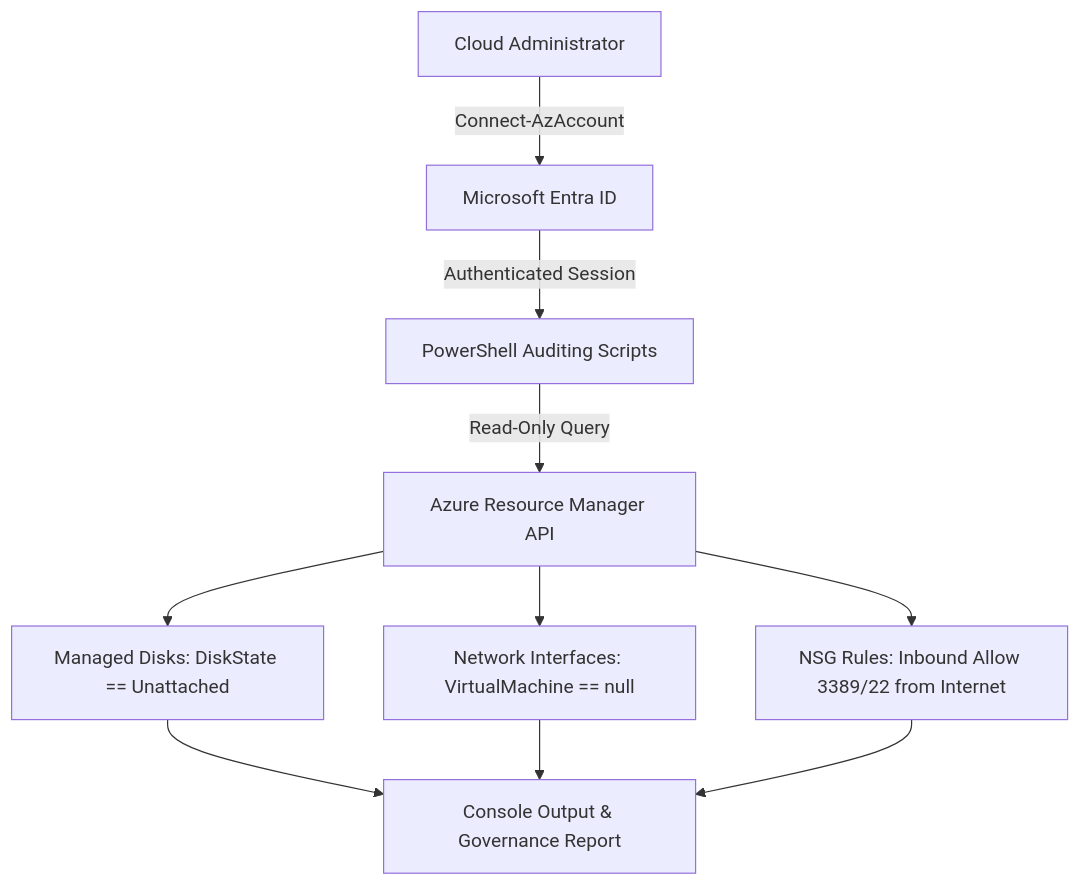
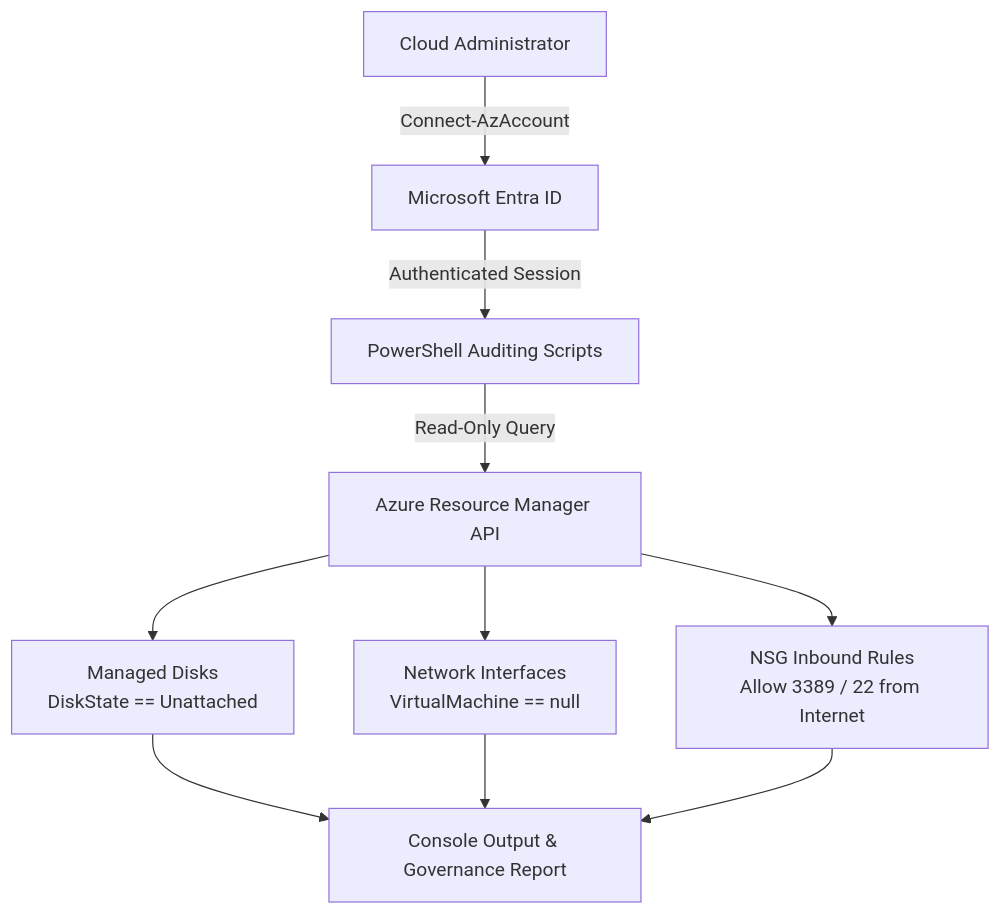
The diagram in README.md (Abdulsattar-Homsi/azure-cost-governance-automation), drawn with Mermaid before and after one commit. The commit also changed other lines of this file, not shown here.

Commit message:
docs: fix markdown formatting and mermaid diagram rendering

````diff
--- a/README.md
+++ b/README.md
@@ -24,12 +24,12 @@
 ```mermaid
 flowchart TD
     A["Cloud Administrator"] -->|Connect-AzAccount| B["Microsoft Entra ID"]
     B -->|Authenticated Session| C["PowerShell Auditing Scripts"]
     C -->|Read-Only Query| D["Azure Resource Manager API"]
-    D --> E["Managed Disks: DiskState == Unattached"]
-    D --> F["Network Interfaces: VirtualMachine == null"]
-    D --> G["NSG Rules: Inbound Allow 3389/22 from Internet"]
+    D --> E["Managed Disks<br/>DiskState == Unattached"]
+    D --> F["Network Interfaces<br/>VirtualMachine == null"]
+    D --> G["NSG Inbound Rules<br/>Allow 3389 / 22 from Internet"]
     E --> H["Console Output & Governance Report"]
     F --> H
     G --> H
 ```
````
